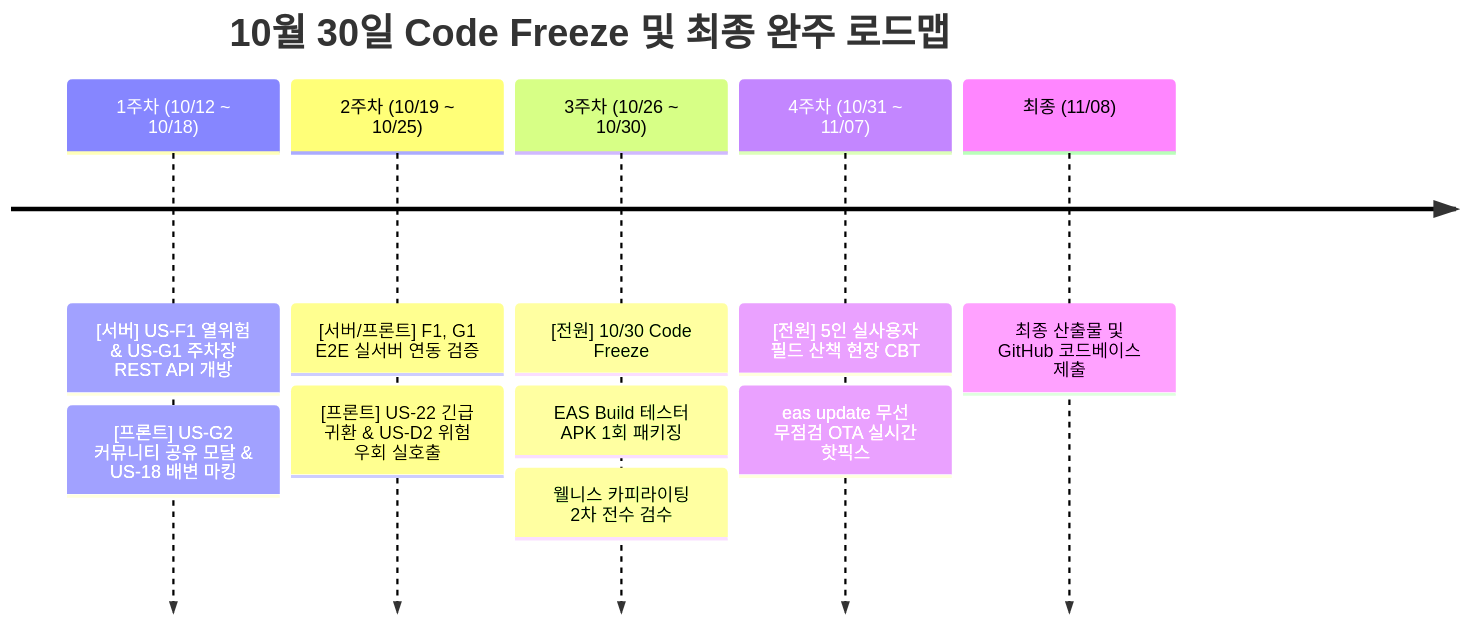
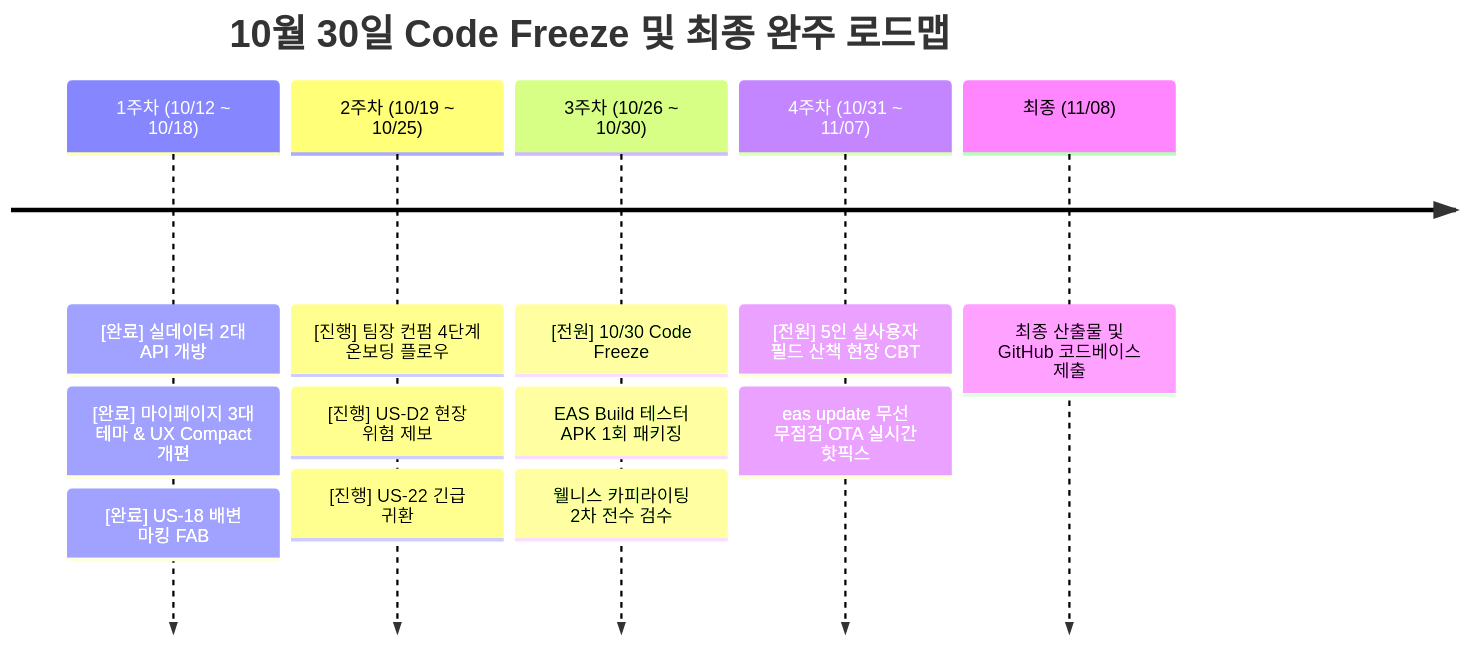
One commit to gigantess/pet_walk_t01 changed the third of 3 diagrams in docs/reports/01_편안하개_Agile_사용자스토리_기반_종합_현황분석_보고서.md. Above: the diagram before and after it, drawn with Mermaid. The commit also changed other lines of this file and 73 other files, not shown here.

````diff
--- a/docs/reports/01_편안하개_Agile_사용자스토리_기반_종합_현황분석_보고서.md
+++ b/docs/reports/01_편안하개_Agile_사용자스토리_기반_종합_현황분석_보고서.md
@@ -159,9 +164,9 @@
 ```mermaid
 timeline
     title 10월 30일 Code Freeze 및 최종 완주 로드맵
-    1주차 (10/12 ~ 10/18) : [서버] US-F1 열위험 & US-G1 주차장 REST API 개방 : [프론트] US-G2 커뮤니티 공유 모달 & US-18 배변 마킹
-    2주차 (10/19 ~ 10/25) : [서버/프론트] F1, G1 E2E 실서버 연동 검증 : [프론트] US-22 긴급 귀환 & US-D2 위험 우회 실호출
+    1주차 (10/12 ~ 10/18) : [완료] 실데이터 2대 API 개방 : [완료] 마이페이지 3대 테마 & UX Compact 개편 : [완료] US-18 배변 마킹 FAB
+    2주차 (10/19 ~ 10/25) : [진행] 팀장 컨펌 4단계 온보딩 플로우 : [진행] US-D2 현장 위험 제보 : [진행] US-22 긴급 귀환
     3주차 (10/26 ~ 10/30) : [전원] 10/30 Code Freeze : EAS Build 테스터 APK 1회 패키징 : 웰니스 카피라이팅 2차 전수 검수
     4주차 (10/31 ~ 11/07) : [전원] 5인 실사용자 필드 산책 현장 CBT : eas update 무선 무점검 OTA 실시간 핫픽스
     최종 (11/08) : 최종 산출물 및 GitHub 코드베이스 제출
 ```
````
